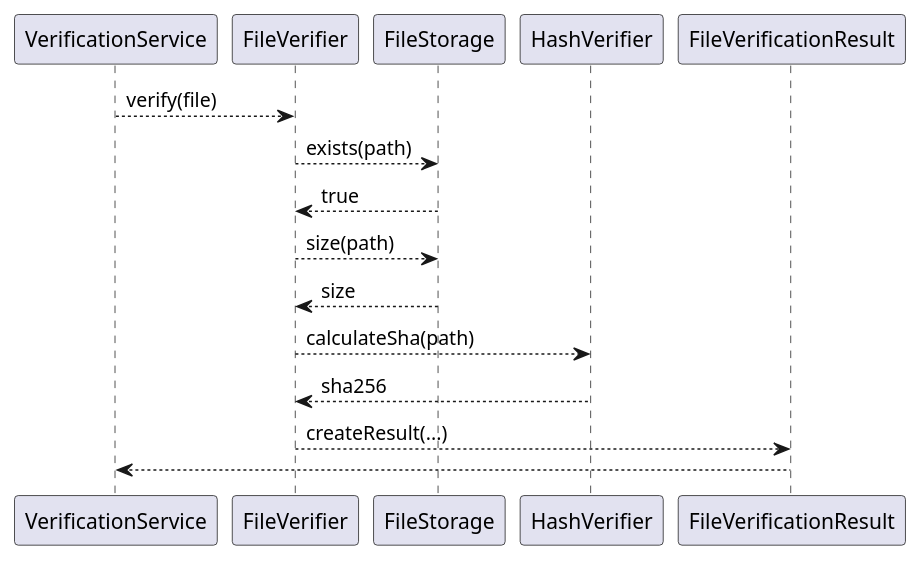
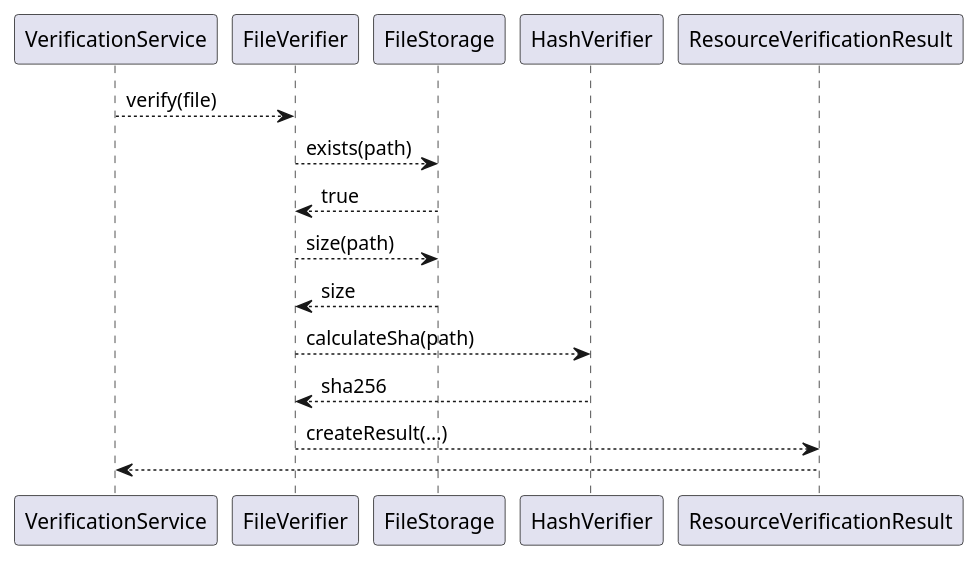
Before and after one commit to Hedgerock/Minecraft-launcher: the diagram in docs/diagrams/sequence/file-verification.puml, drawn with PlantUML. The commit also changed 26 other files, not shown here.

Commit message:
refactor: use resource entries in verification and download plans

```diff
--- a/docs/diagrams/sequence/file-verification.puml
+++ b/docs/diagrams/sequence/file-verification.puml
@@ -1,17 +1,17 @@
 @startuml
 
 ' Historical note:
 ' This diagram describes an earlier architecture snapshot
 ' Current verification flow uses VerificationPlan, FileVerifier and HashService
 ' See docs/examples/verification-flow.md and docs/contracts/file-verifier.md
 
 VerificationService --> FileVerifier: verify(file)
 FileVerifier --> FileStorage: exists(path)
 FileStorage --> FileVerifier: true
 FileVerifier --> FileStorage: size(path)
 FileStorage --> FileVerifier: size
 FileVerifier --> HashVerifier: calculateSha(path)
 HashVerifier --> FileVerifier: sha256
-FileVerifier --> FileVerificationResult: createResult(...)
-FileVerificationResult --> VerificationService
+FileVerifier --> ResourceVerificationResult: createResult(...)
+ResourceVerificationResult --> VerificationService
 @enduml
```
